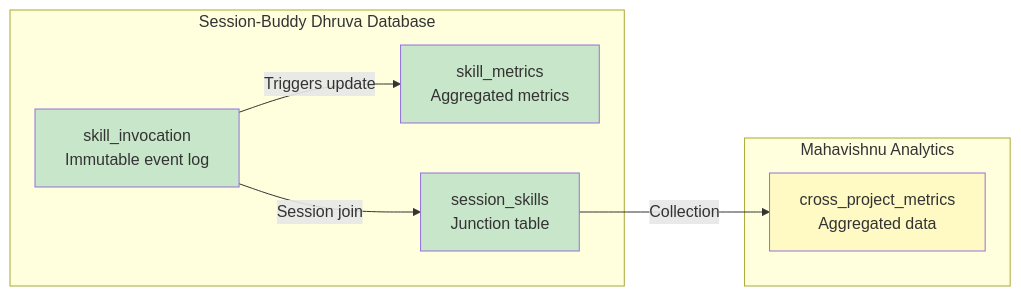
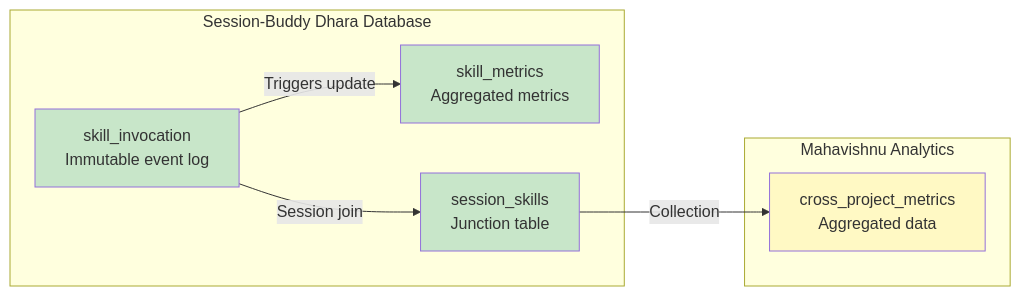
The third of 4 diagrams in docs/diagrams/skills-ecosystem-mermaid.md (lesleslie/crackerjack), drawn with Mermaid before and after one commit. The commit also changed other lines of this file and 36 other files, not shown here.

````diff
--- a/docs/diagrams/skills-ecosystem-mermaid.md
+++ b/docs/diagrams/skills-ecosystem-mermaid.md
@@ -110,21 +110,21 @@
 ```mermaid
 graph LR
-    subgraph "Session-Buddy Dhruva Database"
+    subgraph "Session-Buddy Dhara Database"
         INV[skill_invocation<br/>Immutable event log]
         MET[skill_metrics<br/>Aggregated metrics]
         SES[session_skills<br/>Junction table]
     end
 
     subgraph "Mahavishnu Analytics"
         AGG[cross_project_metrics<br/>Aggregated data]
     end
 
     INV -->|Triggers update| MET
     INV -->|Session join| SES
     SES -->|Collection| AGG
 
     style INV fill:#c8e6c9
     style MET fill:#c8e6c9
     style SES fill:#c8e6c9
     style AGG fill:#fff9c4
 ```
````
